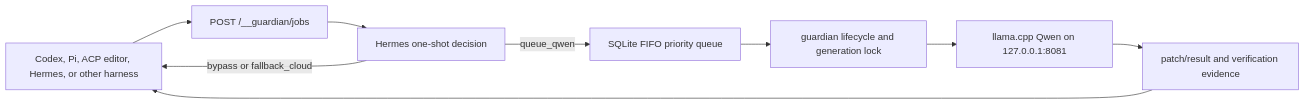
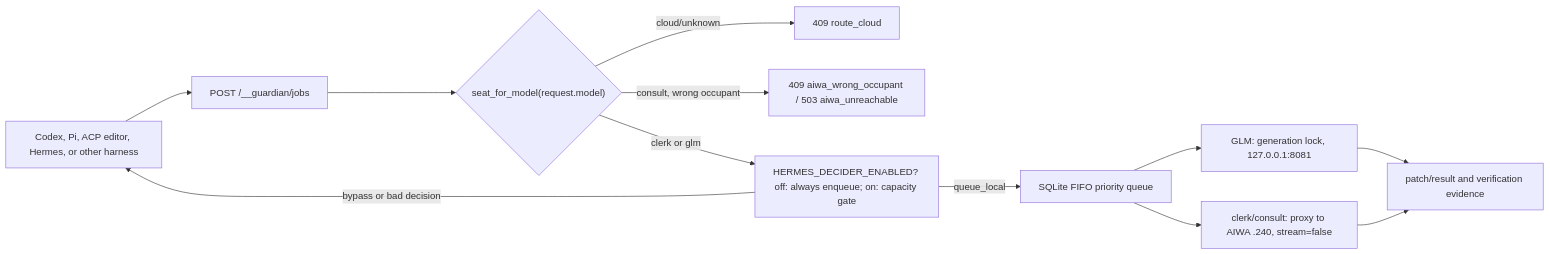
One commit to barnscarter-ops/llama-cpp-server changed the diagram in docs/hermes-qwen-queue.md. Above: the diagram before and after it, drawn with Mermaid. The commit also changed other lines of this file and 3 other files, not shown here.

Commit message:
feat(guardian): stop using Hermes to pick GPU seats on /__guardian/jobs

````diff
--- a/docs/hermes-qwen-queue.md
+++ b/docs/hermes-qwen-queue.md
@@ -8,11 +14,14 @@
 ```mermaid
 flowchart LR
   H["Codex, Pi, ACP editor, Hermes, or other harness"] --> C["POST /__guardian/jobs"]
-  C --> D["Hermes one-shot decision"]
-  D -->|"queue_qwen"| Q["SQLite FIFO priority queue"]
-  D -->|"bypass or fallback_cloud"| H
-  Q --> L["guardian lifecycle and generation lock"]
-  L --> M["llama.cpp Qwen on 127.0.0.1:8081"]
-  M --> R["patch/result and verification evidence"]
-  R --> H
+  C --> S{"seat_for_model(request.model)"}
+  S -->|"cloud/unknown"| RC["409 route_cloud"]
+  S -->|"consult, wrong occupant"| WF["409 aiwa_wrong_occupant / 503 aiwa_unreachable"]
+  S -->|"clerk or glm"| D["HERMES_DECIDER_ENABLED? off: always enqueue; on: capacity gate"]
+  D -->|"queue_local"| Q["SQLite FIFO priority queue"]
+  D -->|"bypass or bad decision"| H
+  Q --> GLM["GLM: generation lock, 127.0.0.1:8081"]
+  Q --> AIWA["clerk/consult: proxy to AIWA .240, stream=false"]
+  GLM --> R["patch/result and verification evidence"]
+  AIWA --> R
 ```
````
